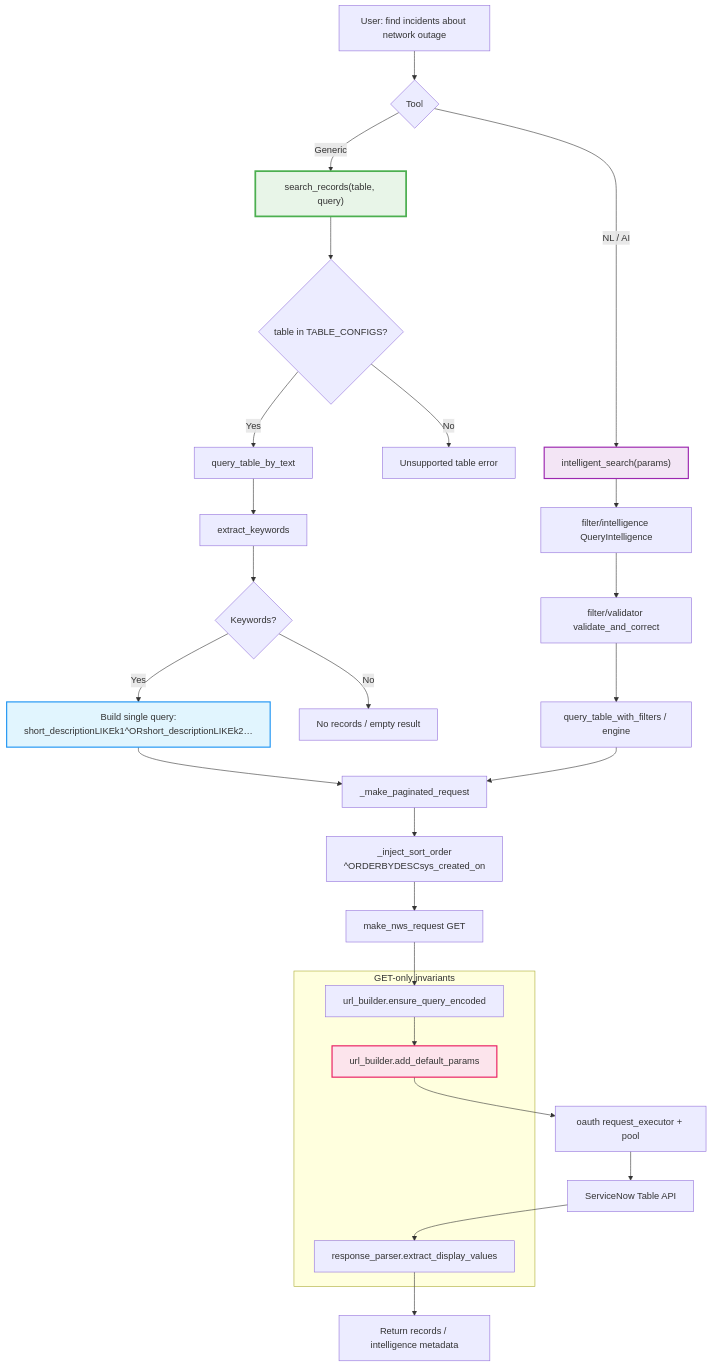
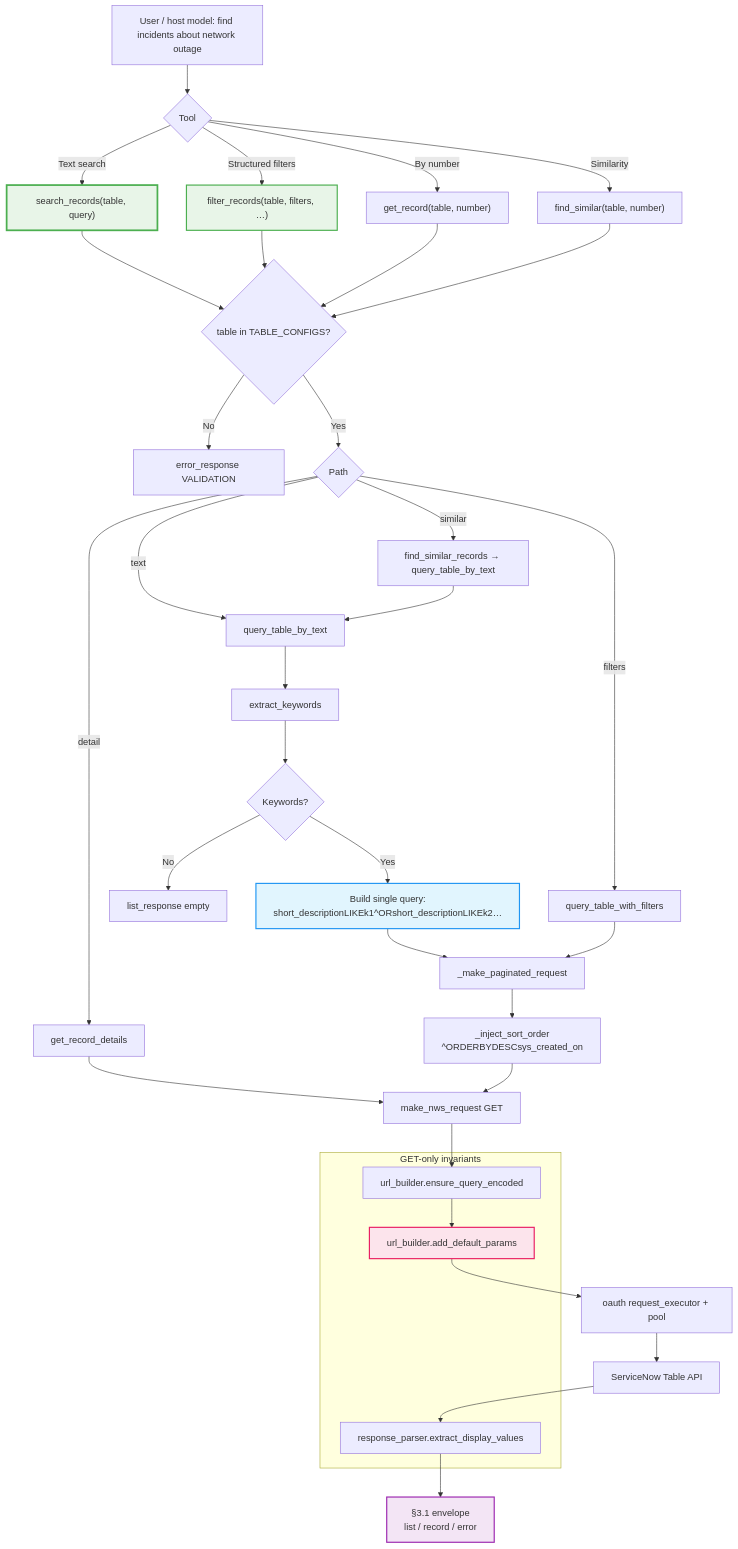
The diagram in Diagrams & Documentation/04-similarity-search-flow.md (Papamzor/personal-mcp-servicenow), drawn with Mermaid before and after one commit. The commit also changed other lines of this file, not shown here.

First line of the commit message:
docs(v5.0): refresh 04-similarity-search-flow without NL path

````diff
--- a/Diagrams & Documentation/04-similarity-search-flow.md
+++ b/Diagrams & Documentation/04-similarity-search-flow.md
@@ -7,43 +9,52 @@
 ```mermaid
 flowchart TD
-    A["User: find incidents about network outage"] --> B{Tool}
-    B -->|Generic| C["search_records(table, query)"]
-    B -->|NL / AI| D["intelligent_search(params)"]
+    A["User / host model: find incidents about network outage"] --> B{Tool}
+    B -->|Text search| C["search_records(table, query)"]
+    B -->|Structured filters| FR["filter_records(table, filters, …)"]
+    B -->|By number| GR["get_record(table, number)"]
+    B -->|Similarity| FS["find_similar(table, number)"]
 
     C --> VAL{table in TABLE_CONFIGS?}
-    VAL -->|No| VALERR[Unsupported table error]
-    VAL -->|Yes| E[query_table_by_text]
+    FR --> VAL
+    GR --> VAL
+    FS --> VAL
+    VAL -->|No| VALERR["error_response VALIDATION"]
+    VAL -->|Yes| ROUTE{Path}
 
-    D --> F[filter/intelligence QueryIntelligence]
-    F --> V[filter/validator validate_and_correct]
-    V --> R[query_table_with_filters / engine]
+    ROUTE -->|text| E[query_table_by_text]
+    ROUTE -->|filters| R[query_table_with_filters]
+    ROUTE -->|detail| DET[get_record_details]
+    ROUTE -->|similar| SIM[find_similar_records → query_table_by_text]
 
     E --> G[extract_keywords]
     G --> H{Keywords?}
-    H -->|No| L[No records / empty result]
+    H -->|No| L["list_response empty"]
     H -->|Yes| ORQ["Build single query:<br/>short_descriptionLIKEk1^ORshort_descriptionLIKEk2…"]
 
     ORQ --> PAG
     R --> PAG
+    DET --> API
+    SIM --> E
 
     PAG[_make_paginated_request]
     PAG --> SORT[_inject_sort_order<br/>^ORDERBYDESCsys_created_on]
     SORT --> API[make_nws_request GET]
     API --> ENC[url_builder.ensure_query_encoded]
     ENC --> PERF[url_builder.add_default_params]
     PERF --> OAUTH[oauth request_executor + pool]
     OAUTH --> SN[ServiceNow Table API]
     SN --> FLAT[response_parser.extract_display_values]
-    FLAT --> OUT[Return records / intelligence metadata]
+    FLAT --> OUT["§3.1 envelope<br/>list / record / error"]
 
     subgraph "GET-only invariants"
         ENC
         PERF
         FLAT
     end
 
     style C fill:#e8f5e8,stroke:#4caf50,stroke-width:3px
-    style D fill:#f3e5f5,stroke:#9c27b0,stroke-width:2px
+    style FR fill:#e8f5e8,stroke:#4caf50,stroke-width:2px
     style ORQ fill:#e1f5fe,stroke:#2196f3,stroke-width:2px
     style PERF fill:#fce4ec,stroke:#e91e63,stroke-width:2px
+    style OUT fill:#f3e5f5,stroke:#9c27b0,stroke-width:2px
 ```
````
